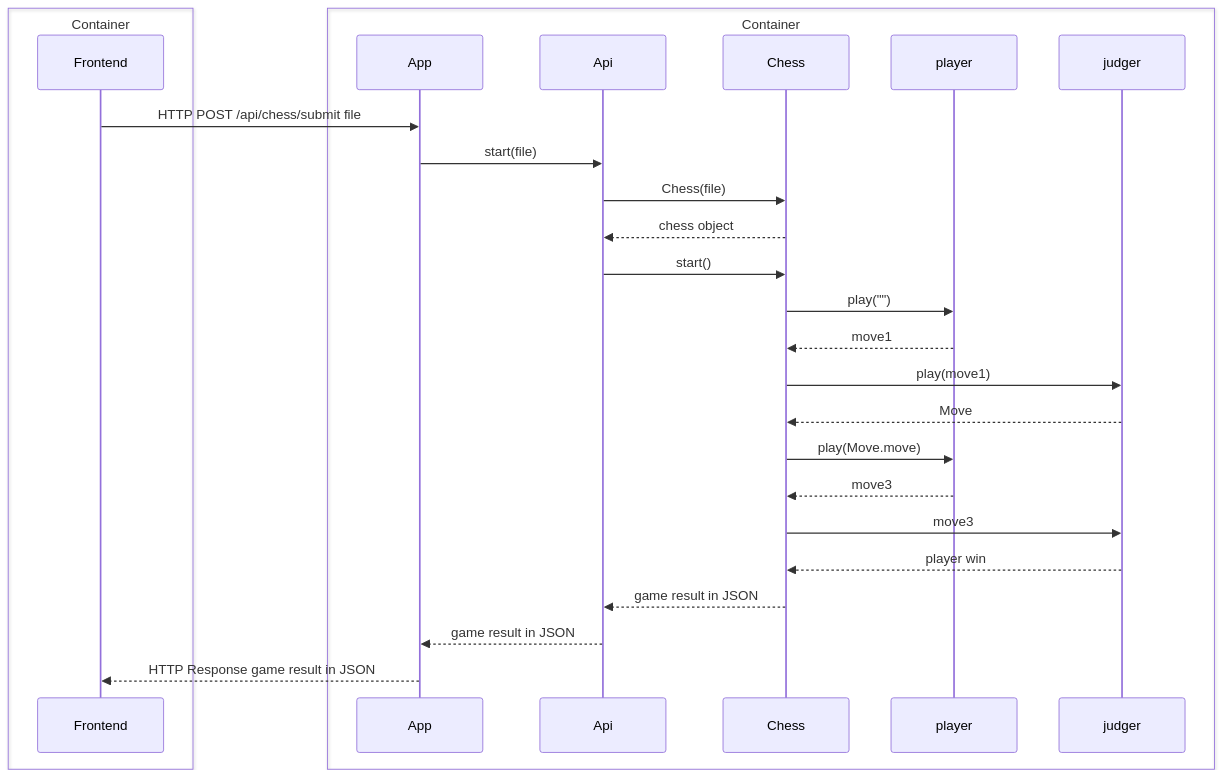
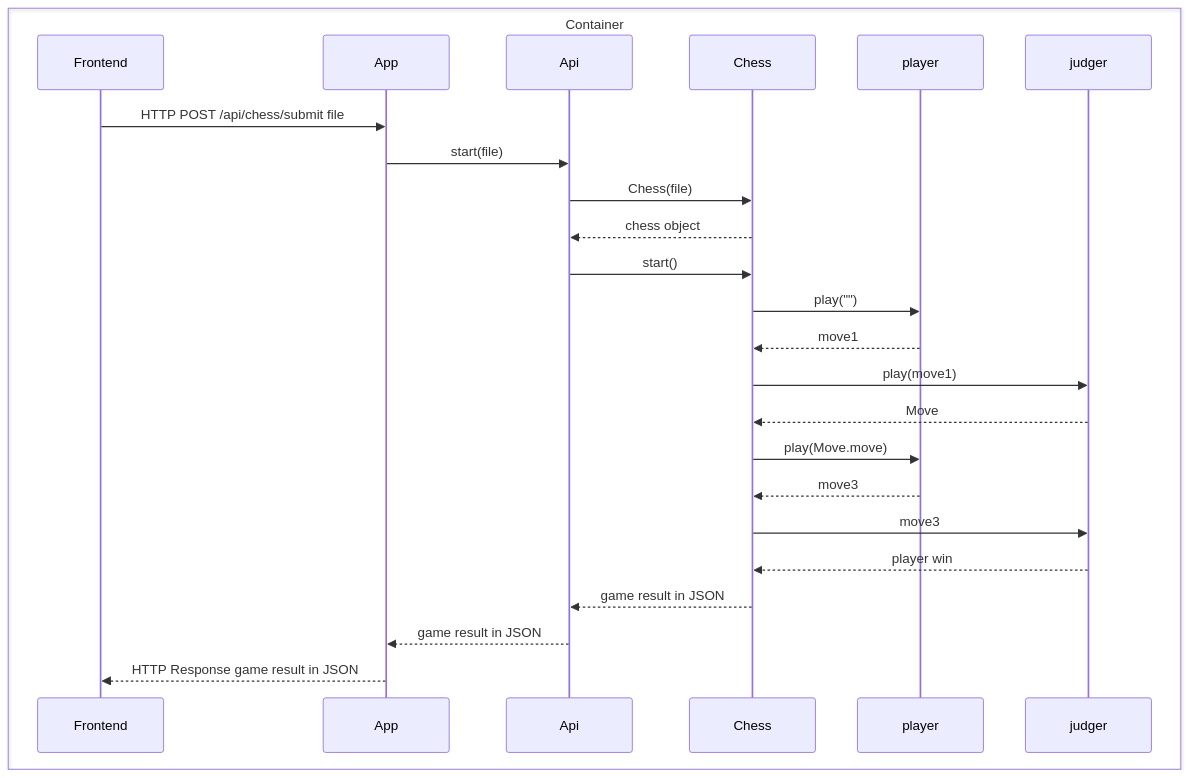
One commit to game-ai-platform-team/tira-ai-platform changed the first of 2 diagrams in docs/architecture.md. Above: the diagram before and after it, drawn with Mermaid. The commit also changed 1 other file, not shown here.

Commit message:
docs: add user manual, change arhitecture

````diff
--- a/docs/architecture.md
+++ b/docs/architecture.md
@@ -5,32 +5,29 @@
 ```mermaid
 sequenceDiagram
 
 Frontend ->> App: HTTP POST /api/chess/submit file
 App ->> Api: start(file)
 Api ->> Chess: Chess(file)
 Chess -->> Api: chess object
 Api ->> Chess: start()
 Chess ->> player: play("")
 player -->> Chess: move1
 Chess ->> judger: play(move1)
 judger -->> Chess: Move
 Chess ->> player: play(Move.move)
 player -->> Chess: move3
 Chess ->> judger: move3
 judger -->> Chess: player win
 Chess -->> Api: game result in JSON
 Api -->> App: game result in JSON
 App -->> Frontend: HTTP Response game result in JSON
 
 box Container
     participant Frontend
-end
-
-box Container
     participant App
     participant Api
     participant Chess
     participant player
     participant judger
 end
 ```
````
